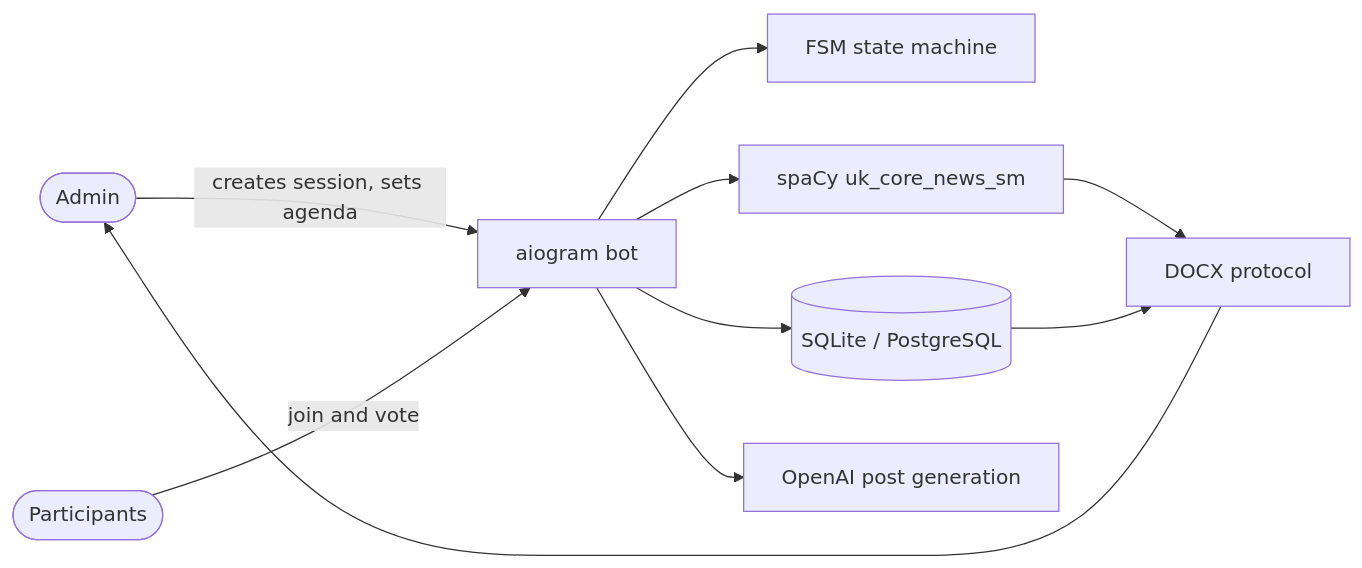
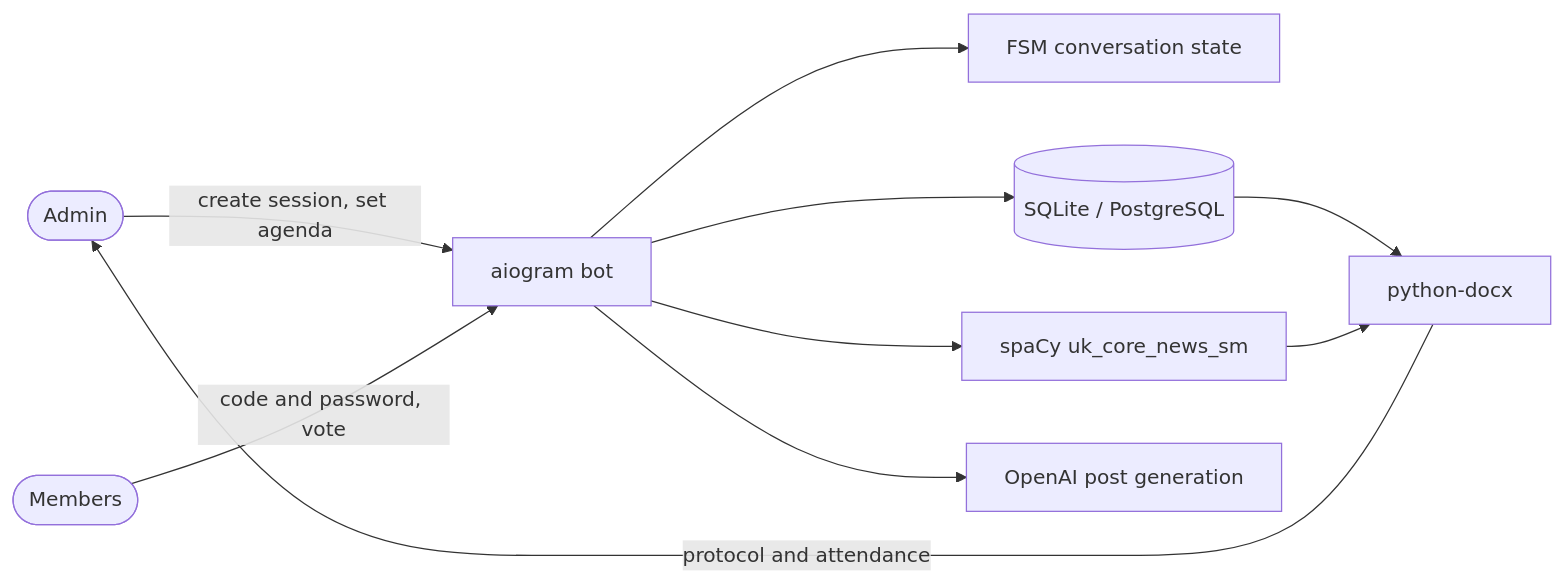
Before and after one commit to sergiyclas/youth-council-bot: the diagram in README.md, drawn with Mermaid. The commit also changed other lines of this file and 1 other file, not shown here.

Commit message:
docs: describe the voting flow and document output instead of only the NLP helper

````diff
--- a/README.md
+++ b/README.md
@@ -119,12 +165,12 @@
 ```mermaid
 flowchart LR
-    A([Admin]) -->|creates session, sets agenda| B[aiogram bot]
-    P([Participants]) -->|join and vote| B
-    B --> FSM[FSM state machine]
+    A([Admin]) -->|create session, set agenda| B[aiogram bot]
+    P([Members]) -->|code and password, vote| B
+    B --> FSM[FSM conversation state]
     B --> DB[(SQLite / PostgreSQL)]
     B --> NLP[spaCy uk_core_news_sm]
     B --> AI[OpenAI post generation]
-    NLP --> DOC[DOCX protocol]
-    DB --> DOC
-    DOC --> A
+    DB --> DOC[python-docx]
+    NLP --> DOC
+    DOC -->|protocol and attendance| A
 ```
````
